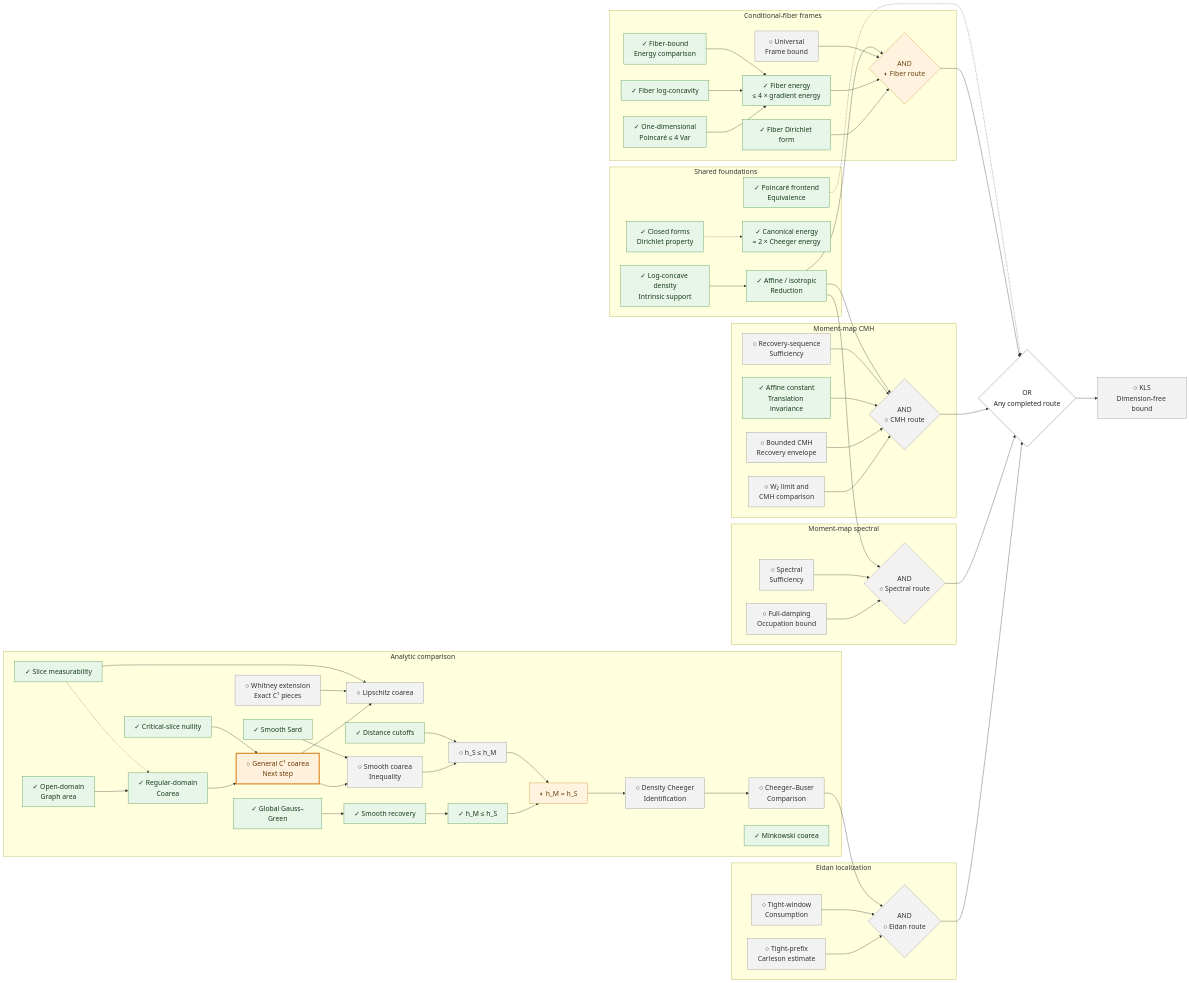
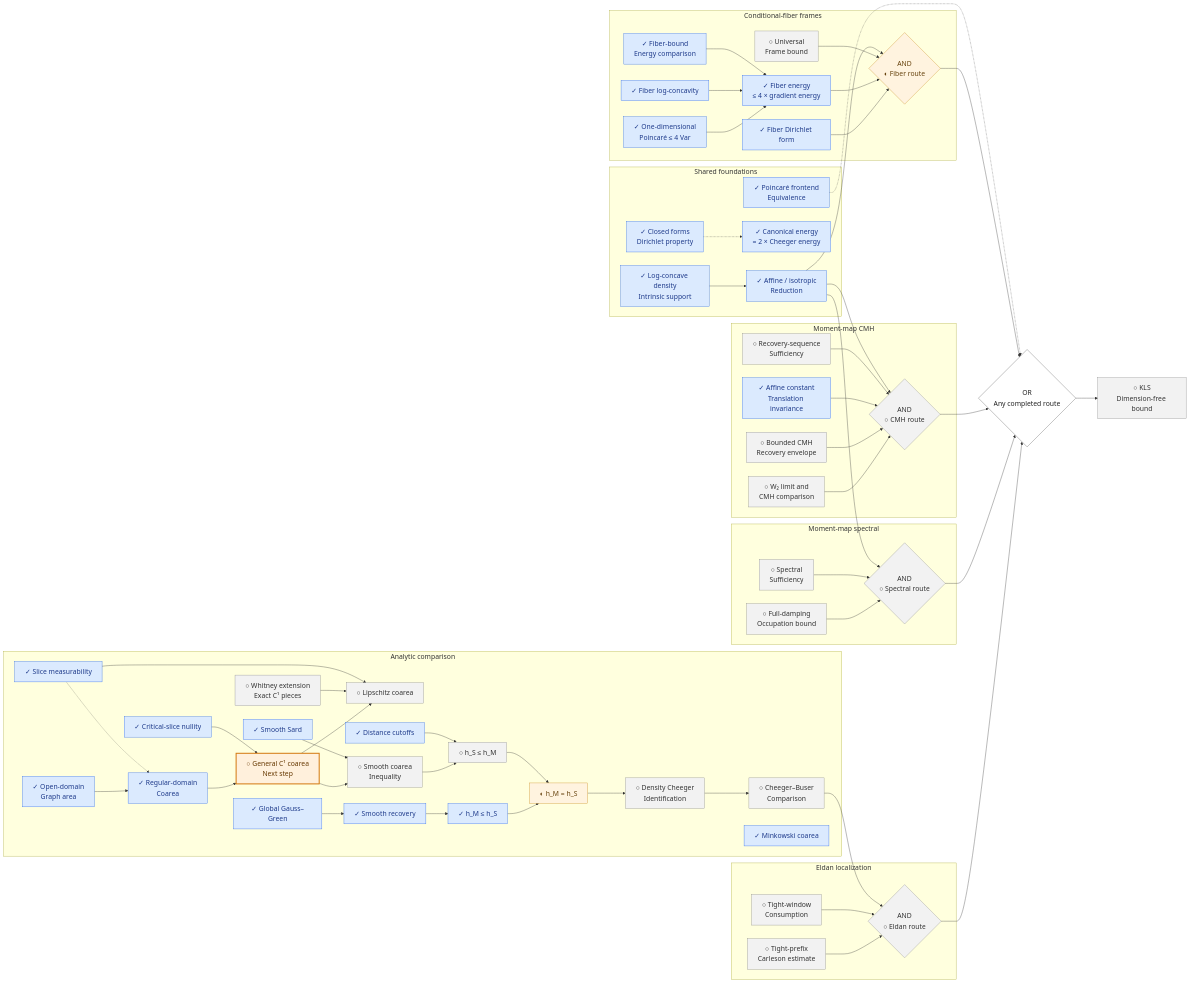
Before and after one commit to human-ai-mathematics/kls-lean: the diagram in research/progress/TREE.mmd, drawn with Mermaid. The commit also changed 4 other files, not shown here.

```diff
--- a/research/progress/TREE.mmd
+++ b/research/progress/TREE.mmd
@@ -1,153 +1,153 @@
 %%{init: {"themeVariables": {"fontSize": "20px"}, "flowchart": {"useMaxWidth": false, "nodeSpacing": 40, "rankSpacing": 65}}}%%
 flowchart LR
     subgraph FOUND["Shared foundations"]
     DENS["✓ Log-concave density<br/>Intrinsic support"]
     NORM["✓ Affine / isotropic<br/>Reduction"]
     FORMS["✓ Closed forms<br/>Dirichlet property"]
     ENERGY["✓ Canonical energy<br/>= 2 × Cheeger energy"]
     CONST["✓ Poincaré frontend<br/>Equivalence"]
     end
     subgraph ANALYSIS["Analytic comparison"]
     MEAS["✓ Slice measurability"]
     GRAPH["✓ Open-domain<br/>Graph area"]
     REG["✓ Regular-domain<br/>Coarea"]
     CRIT["✓ Critical-slice nullity"]
     C1["○ General C¹ coarea<br/>Next step"]
     WHIT["○ Whitney extension<br/>Exact C¹ pieces"]
     LIP["○ Lipschitz coarea"]
     GG["✓ Global Gauss–Green"]
     REC["✓ Smooth recovery"]
     FWD["✓ h_M ≤ h_S"]
     SARD["✓ Smooth Sard"]
     SCI["○ Smooth coarea<br/>Inequality"]
     CUT["✓ Distance cutoffs"]
     REV["○ h_S ≤ h_M"]
     EQ["◐ h_M = h_S"]
     FRONT["○ Density Cheeger<br/>Identification"]
     CB["○ Cheeger–Buser<br/>Comparison"]
     MINK["✓ Minkowski coarea"]
     end
     subgraph ELDAN["Eldan localization"]
     EG["○ Tight-prefix<br/>Carleson estimate"]
     EC["○ Tight-window<br/>Consumption"]
     EAND{"AND<br/>○ Eldan route"}
     end
     subgraph SPECTRAL["Moment-map spectral"]
     SG["○ Full-damping<br/>Occupation bound"]
     SC["○ Spectral<br/>Sufficiency"]
     SAND{"AND<br/>○ Spectral route"}
     end
     subgraph CMH["Moment-map CMH"]
     MH["○ W₂ limit and<br/>CMH comparison"]
     MG["○ Bounded CMH<br/>Recovery envelope"]
     MT["✓ Affine constant<br/>Translation invariance"]
     MC["○ Recovery-sequence<br/>Sufficiency"]
     MAND{"AND<br/>○ CMH route"}
     end
     subgraph FIBER["Conditional-fiber frames"]
     ONE["✓ One-dimensional<br/>Poincaré ≤ 4 Var"]
     FLOG["✓ Fiber log-concavity"]
     FP["✓ Fiber-bound<br/>Energy comparison"]
     F4["✓ Fiber energy<br/>≤ 4 × gradient energy"]
     FC["✓ Fiber Dirichlet form"]
     FG["○ Universal<br/>Frame bound"]
     FAND{"AND<br/>◐ Fiber route"}
     end
     KLS["○ KLS<br/>Dimension-free bound"]
     ANY{"OR<br/>Any completed route"}
     EG --> EAND
     EC --> EAND
     CB --> EAND
     SG --> SAND
     SC --> SAND
     NORM --> SAND
     MH --> MAND
     MG --> MAND
     MT --> MAND
     MC --> MAND
     NORM --> MAND
     ONE --> F4
     FLOG --> F4
     FP --> F4
     FC --> FAND
     F4 --> FAND
     FG --> FAND
     NORM --> FAND
     DENS --> NORM
     FORMS -.-> ENERGY
     GRAPH --> REG
     MEAS -.-> REG
     REG --> C1
     CRIT --> C1
     C1 --> LIP
     WHIT --> LIP
     MEAS --> LIP
     GG --> REC
     REC --> FWD
     C1 --> SCI
     SARD --> SCI
     SCI --> REV
     CUT --> REV
     FWD --> EQ
     REV --> EQ
     EQ --> FRONT
     FRONT --> CB
     EAND --> ANY
     SAND --> ANY
     MAND --> ANY
     FAND --> ANY
     ANY --> KLS
     CONST -.-> ANY
-    classDef done fill:#e8f5e9,stroke:#388e3c,color:#183b1c;
+    classDef done fill:#dbeafe,stroke:#2563eb,color:#1e3a8a;
     class ENERGY,F4,MT,FP,FC,NORM,DENS,ONE,CONST,FORMS,MEAS,GRAPH,REG,CRIT,GG,REC,FWD,SARD,CUT,MINK,FLOG done;
     classDef partial fill:#fff3df,stroke:#c88719,color:#66420d;
     class EQ,FAND partial;
     classDef todo fill:#f2f2f2,stroke:#888,color:#333;
     class MG,EG,KLS,MC,EC,SC,FG,SG,MH,FRONT,CB,WHIT,LIP,SCI,REV,EAND,SAND,MAND todo;
     classDef focus fill:#fff0dc,stroke:#d47b13,color:#663800,stroke-width:3px;
     class C1 focus;
     classDef logic fill:#fff,stroke:#555,color:#222;
     class ANY logic;
     click MG href "https://github.com/numina-functional-inequalities/kls-lean/blob/main/formalization/blueprint/src/chapters/50-kls-routes.tex" "Bounded CMH — Recovery envelope" _blank
     click EG href "https://github.com/numina-functional-inequalities/kls-lean/blob/main/formalization/blueprint/src/chapters/50-kls-routes.tex" "Tight-prefix — Carleson estimate" _blank
     click KLS href "https://github.com/numina-functional-inequalities/kls-lean/blob/main/formalization/FunctionalInequalities/KLS/Statement.lean" "KLS — Dimension-free bound" _blank
     click ENERGY href "https://github.com/numina-functional-inequalities/kls-lean/blob/main/formalization/FunctionalInequalities/Energy/Cheeger.lean" "Canonical energy — = 2 × Cheeger energy" _blank
     click MC href "https://github.com/numina-functional-inequalities/kls-lean/blob/main/formalization/blueprint/src/chapters/50-kls-routes.tex" "Recovery-sequence — Sufficiency" _blank
     click F4 href "https://github.com/numina-functional-inequalities/kls-lean/blob/main/formalization/FunctionalInequalities/KLS/LogConcave/ConditionalFiber.lean" "Fiber energy — ≤ 4 × gradient energy" _blank
     click EC href "https://github.com/numina-functional-inequalities/kls-lean/blob/main/formalization/blueprint/src/chapters/50-kls-routes.tex" "Tight-window — Consumption" _blank
     click MT href "https://github.com/numina-functional-inequalities/kls-lean/blob/main/formalization/FunctionalInequalities/Poincare/CovarianceGradient/Translation.lean" "Affine constant — Translation invariance" _blank
     click FP href "https://github.com/numina-functional-inequalities/kls-lean/blob/main/formalization/FunctionalInequalities/KLS/ConditionalFiber/EnergyComparison.lean" "Fiber-bound — Energy comparison" _blank
     click FC href "https://github.com/numina-functional-inequalities/kls-lean/blob/main/formalization/FunctionalInequalities/KLS/ConditionalFiber/Closed.lean" "Fiber Dirichlet form" _blank
     click SC href "https://github.com/numina-functional-inequalities/kls-lean/blob/main/formalization/blueprint/src/chapters/50-kls-routes.tex" "Spectral — Sufficiency" _blank
     click FG href "https://github.com/numina-functional-inequalities/kls-lean/blob/main/formalization/blueprint/src/chapters/50-kls-routes.tex" "Universal — Frame bound" _blank
     click SG href "https://github.com/numina-functional-inequalities/kls-lean/blob/main/formalization/blueprint/src/chapters/50-kls-routes.tex" "Full-damping — Occupation bound" _blank
     click NORM href "https://github.com/numina-functional-inequalities/kls-lean/blob/main/formalization/FunctionalInequalities/KLS/LogConcave/Isotropic.lean" "Affine / isotropic — Reduction" _blank
     click DENS href "https://github.com/numina-functional-inequalities/kls-lean/blob/main/formalization/FunctionalInequalities/KLS/LogConcave/BorellRepresentation.lean" "Log-concave density — Intrinsic support" _blank
     click MH href "https://github.com/numina-functional-inequalities/kls-lean/blob/main/formalization/blueprint/src/chapters/50-kls-routes.tex" "W₂ limit and — CMH comparison" _blank
     click FRONT href "https://github.com/numina-functional-inequalities/kls-lean/blob/main/formalization/blueprint/src/chapters/45-shared-analytic-bridges.tex" "Density Cheeger — Identification" _blank
     click CB href "https://github.com/numina-functional-inequalities/kls-lean/blob/main/formalization/blueprint/src/chapters/45-shared-analytic-bridges.tex" "Cheeger–Buser — Comparison" _blank
     click ONE href "https://github.com/numina-functional-inequalities/kls-lean/blob/main/formalization/FunctionalInequalities/KLS/LogConcave/Line/SharpPoincare.lean" "One-dimensional — Poincaré ≤ 4 Var" _blank
     click CONST href "https://github.com/numina-functional-inequalities/kls-lean/blob/main/formalization/FunctionalInequalities/KLS/LogConcave/Poincare.lean" "Poincaré frontend — Equivalence" _blank
     click FORMS href "https://github.com/numina-functional-inequalities/kls-lean/blob/main/formalization/FunctionalInequalities/Energy/SmoothGradient/Dirichlet.lean" "Closed forms — Dirichlet property" _blank
     click MEAS href "https://github.com/numina-functional-inequalities/kls-lean/blob/main/formalization/FunctionalInequalities/KLS/Geometry/LevelSetMeasurable.lean" "Slice measurability" _blank
     click GRAPH href "https://github.com/numina-functional-inequalities/kls-lean/blob/main/formalization/FunctionalInequalities/Analysis/OpenGraphIntegral.lean" "Open-domain — Graph area" _blank
     click REG href "https://github.com/numina-functional-inequalities/kls-lean/blob/main/formalization/FunctionalInequalities/KLS/Geometry/RegularCoarea.lean" "Regular-domain — Coarea" _blank
     click CRIT href "https://github.com/numina-functional-inequalities/kls-lean/blob/main/formalization/FunctionalInequalities/KLS/Geometry/CriticalSlice.lean" "Critical-slice nullity" _blank
     click C1 href "https://github.com/numina-functional-inequalities/kls-lean/blob/main/research/decisions/2026-09-15-weighted-coarea-route.md#l11" "General C¹ coarea — Next step" _blank
     click WHIT href "https://github.com/numina-functional-inequalities/kls-lean/blob/main/research/decisions/2026-09-15-weighted-coarea-route.md#l6" "Whitney extension — Exact C¹ pieces" _blank
     click LIP href "https://github.com/numina-functional-inequalities/kls-lean/blob/main/research/decisions/2026-09-15-weighted-coarea-route.md#l12" "Lipschitz coarea" _blank
     click GG href "https://github.com/numina-functional-inequalities/kls-lean/blob/main/formalization/FunctionalInequalities/KLS/Geometry/GaussGreen.lean" "Global Gauss–Green" _blank
     click REC href "https://github.com/numina-functional-inequalities/kls-lean/blob/main/formalization/FunctionalInequalities/KLS/Geometry/PerimeterRecovery.lean" "Smooth recovery" _blank
     click FWD href "https://github.com/numina-functional-inequalities/kls-lean/blob/main/formalization/FunctionalInequalities/KLS/Geometry/CheegerInfimum.lean" "h_M ≤ h_S" _blank
     click SARD href "https://github.com/numina-functional-inequalities/kls-lean/blob/main/formalization/FunctionalInequalities/Analysis/SmoothSard.lean" "Smooth Sard" _blank
     click SCI href "https://github.com/numina-functional-inequalities/kls-lean/blob/main/formalization/FunctionalInequalities/KLS/WIP/CheegerInfimum.lean" "Smooth coarea — Inequality" _blank
     click CUT href "https://github.com/numina-functional-inequalities/kls-lean/blob/main/formalization/FunctionalInequalities/KLS/Geometry/DistanceCutoff.lean" "Distance cutoffs" _blank
     click REV href "https://github.com/numina-functional-inequalities/kls-lean/blob/main/formalization/FunctionalInequalities/KLS/WIP/CheegerInfimum.lean" "h_S ≤ h_M" _blank
     click EQ href "https://github.com/numina-functional-inequalities/kls-lean/blob/main/formalization/FunctionalInequalities/KLS/WIP/CheegerInfimum.lean" "h_M = h_S" _blank
     click MINK href "https://github.com/numina-functional-inequalities/kls-lean/blob/main/formalization/FunctionalInequalities/KLS/Geometry/MinkowskiContent.lean" "Minkowski coarea" _blank
     click EAND href "https://github.com/numina-functional-inequalities/kls-lean/blob/main/formalization/blueprint/route-composition.yaml" "AND — Eldan route" _blank
     click SAND href "https://github.com/numina-functional-inequalities/kls-lean/blob/main/formalization/blueprint/route-composition.yaml" "AND — Spectral route" _blank
     click MAND href "https://github.com/numina-functional-inequalities/kls-lean/blob/main/formalization/blueprint/route-composition.yaml" "AND — CMH route" _blank
     click FLOG href "https://github.com/numina-functional-inequalities/kls-lean/blob/main/formalization/FunctionalInequalities/KLS/LogConcave/ConditionalFiber.lean" "Fiber log-concavity" _blank
     click FAND href "https://github.com/numina-functional-inequalities/kls-lean/blob/main/formalization/blueprint/route-composition.yaml" "AND — Fiber route" _blank
     click ANY href "https://github.com/numina-functional-inequalities/kls-lean/blob/main/formalization/blueprint/route-composition.yaml" "OR — Any completed route" _blank
```
